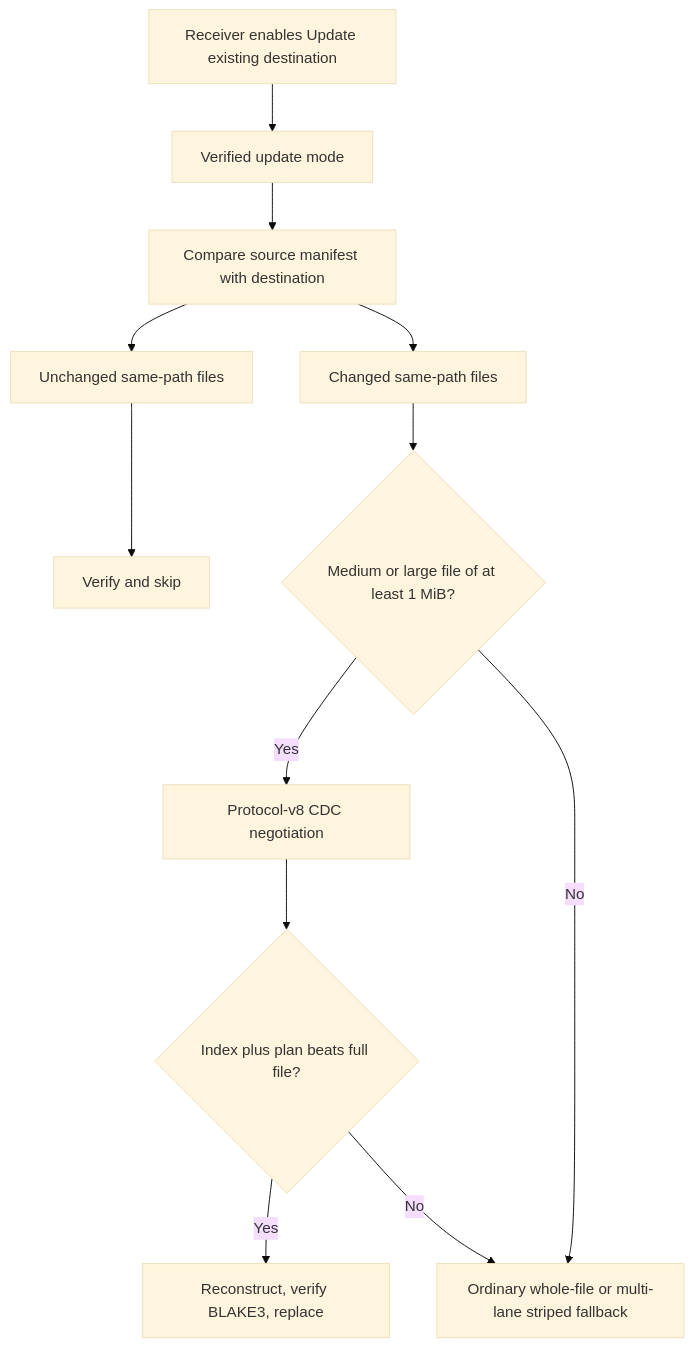
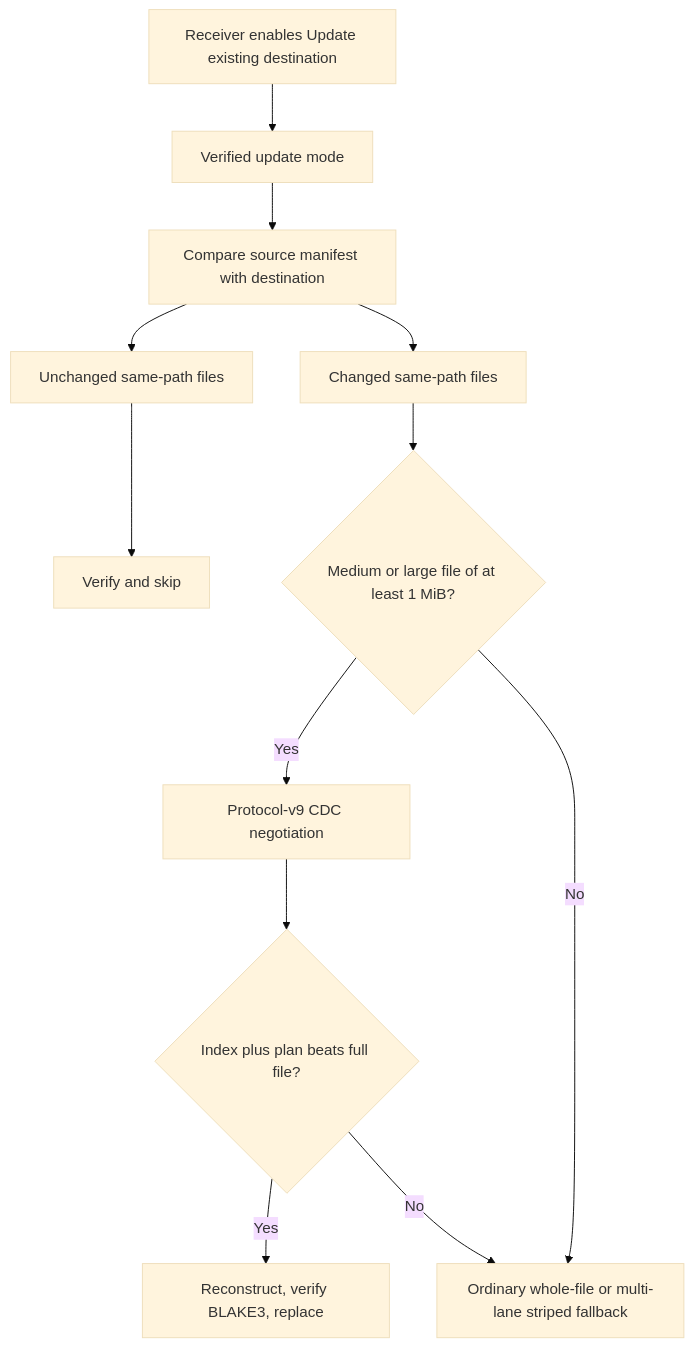
The fifth of 7 diagrams in README.md (Nemeth-Tamas/networkcopy-speed), drawn with Mermaid (base theme) before and after one commit. The commit also changed other lines of this file and 2 other files, not shown here.

````diff
--- a/README.md
+++ b/README.md
@@ -298,26 +299,26 @@
 ```mermaid
 flowchart TD
     G["Receiver enables Update existing destination"]
     U["Verified update mode"]
     I["Compare source manifest with destination"]
     S["Unchanged same-path files"]
     C["Changed same-path files"]
     K["Verify and skip"]
     M{"Medium or large file of at least 1 MiB?"}
-    D["Protocol-v8 CDC negotiation"]
+    D["Protocol-v9 CDC negotiation"]
     P{"Index plus plan beats full file?"}
     R["Reconstruct, verify BLAKE3, replace"]
     F["Ordinary whole-file or multi-lane striped fallback"]
 
     G --> U
     U --> I
     I --> S
     I --> C
     S --> K
     C --> M
     M -->|Yes| D
     M -->|No| F
     D --> P
     P -->|Yes| R
     P -->|No| F
 ```
````
